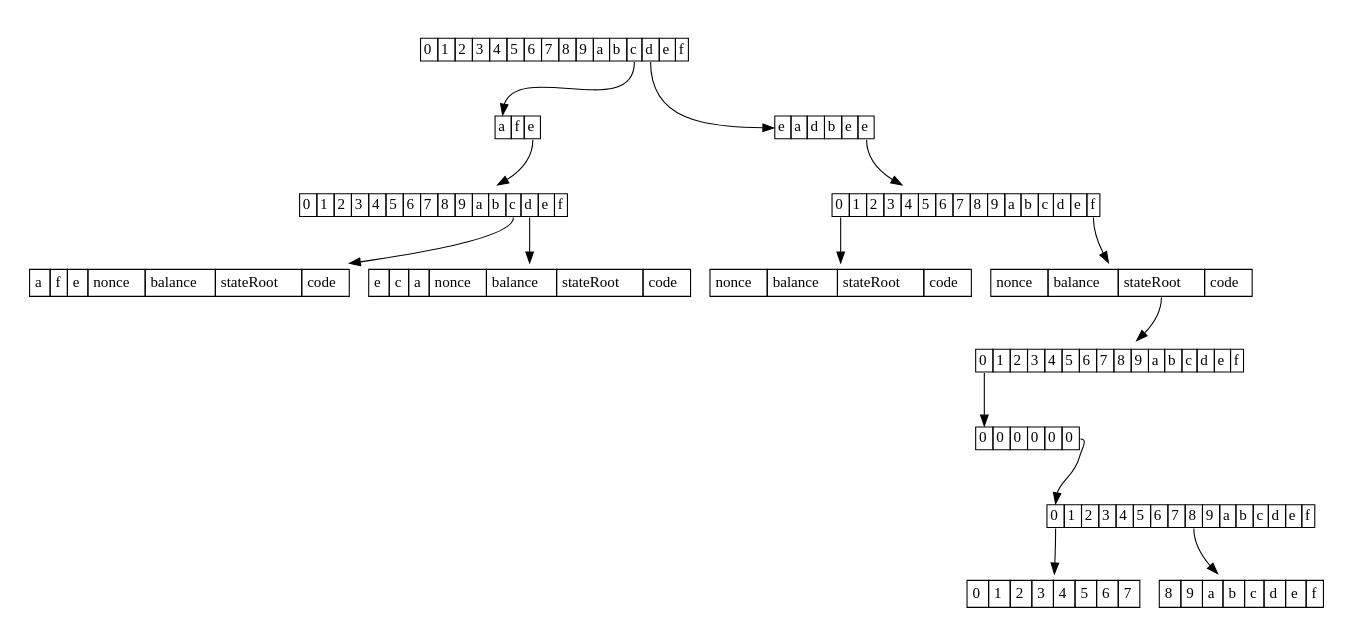
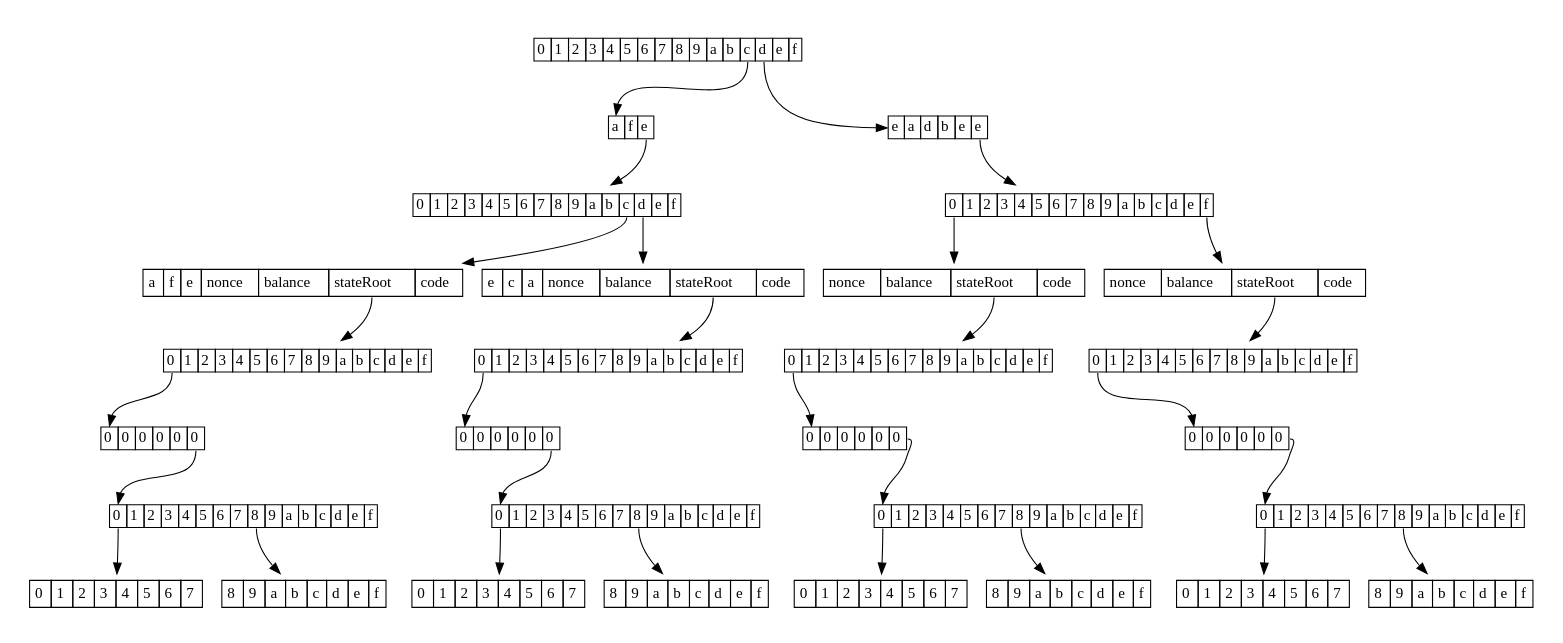
Before and after one commit to gballet/presentations: the diagram in ethcc20/state.dot, drawn with Graphviz. The commit also changed 6 other files, not shown here.

```diff
--- a/ethcc20/state.dot
+++ b/ethcc20/state.dot
@@ -1,41 +1,83 @@
 digraph D {
 	node [shape="box"];
 
     subgraph cluster_addresses {
         style=invis;
 
 	    branch [shape=none,label=<<table border="0" cellborder="1" cellspacing="0"><tr><td port="0">0</td><td port="1">1</td><td port="2">2</td><td port="3">3</td><td port="4">4</td><td port="5">5</td><td port="6">6</td><td port="7">7</td><td port="8">8</td><td port="9">9</td><td port="10">a</td><td port="11">b</td><td port="12">c</td><td port="13">d</td><td port="14">e</td><td port="15">f</td></tr></table>>]
 	    branch0c0a0f0e [shape=none,label=<<table border="0" cellborder="1" cellspacing="0"><tr><td port="0">0</td><td port="1">1</td><td port="2">2</td><td port="3">3</td><td port="4">4</td><td port="5">5</td><td port="6">6</td><td port="7">7</td><td port="8">8</td><td port="9">9</td><td port="10">a</td><td port="11">b</td><td port="12">c</td><td port="13">d</td><td port="14">e</td><td port="15">f</td></tr></table>>]
 	    leaf0c0a0f0e0c [shape=none,margin=0,label=<<table border="0" cellborder="1" cellspacing="0" cellpadding="4"><tr><td port="0">a</td><td port="1">f</td><td port="2">e</td><td>nonce</td><td>balance</td><td port="sr">stateRoot</td><td>code</td></tr></table>>]
 	    leaf0c0a0f0e0d [shape=none,margin=0,label=<<table border="0" cellborder="1" cellspacing="0" cellpadding="4"><tr><td port="0">e</td><td port="1">c</td><td port="2">a</td><td>nonce</td><td>balance</td><td port="sr">stateRoot</td><td>code</td></tr></table>>]
 	    extension0c [shape=none,label=<<table border="0" cellspacing="0" cellborder="1"><tr><td port="0">a</td><td port="1">f</td><td port="2">e</td></tr></table>>]
 	    branch0d0e0a0d0b0e0e [shape=none,label=<<table border="0" cellborder="1" cellspacing="0"><tr><td port="0">0</td><td port="1">1</td><td port="2">2</td><td port="3">3</td><td port="4">4</td><td port="5">5</td><td port="6">6</td><td port="7">7</td><td port="8">8</td><td port="9">9</td><td port="10">a</td><td port="11">b</td><td port="12">c</td><td port="13">d</td><td port="14">e</td><td port="15">f</td></tr></table>>]
 	    leaf0d0e0a0d0b0e0e00 [shape=none,margin=0,label=<<table border="0" cellborder="1" cellspacing="0" cellpadding="4"><tr><td>nonce</td><td>balance</td><td port="sr">stateRoot</td><td>code</td></tr></table>>]
 	    leaf0d0e0a0d0b0e0e0f [shape=none,margin=0,label=<<table border="0" cellborder="1" cellspacing="0" cellpadding="4"><tr><td>nonce</td><td>balance</td><td port="sr">stateRoot</td><td>code</td></tr></table>>]
 	    extension0d [shape=none,label=<<table border="0" cellspacing="0" cellborder="1"><tr><td port="0">e</td><td port="1">a</td><td port="2">d</td><td port="3">b</td><td port="4">e</td><td port="5">e</td></tr></table>>]
 
 	    extension0c:2 -> branch0c0a0f0e
 	    branch0c0a0f0e:12 -> leaf0c0a0f0e0c
     	branch0c0a0f0e:13 -> leaf0c0a0f0e0d
 	    branch:12 -> extension0c:0
 	    extension0d:5 -> branch0d0e0a0d0b0e0e
 	    branch0d0e0a0d0b0e0e:0 -> leaf0d0e0a0d0b0e0e00
 	    branch0d0e0a0d0b0e0e:15 -> leaf0d0e0a0d0b0e0e0f
 	    branch:13 -> extension0d:0
-        leaf0d0e0a0d0b0e0e0f:sr -> sbranch
+        leaf0c0a0f0e0c:sr -> s0branch 
+        leaf0c0a0f0e0d:sr -> sbranch 
+        leaf0d0e0a0d0b0e0e00:sr -> s2branch
+        leaf0d0e0a0d0b0e0e0f:sr -> s1branch
     }
 
+    subgraph cluster_storage0 {
+        style=invis;
+	        s0branch [shape=none,label=<<table border="0" cellborder="1" cellspacing="0"><tr><td port="0">0</td><td port="1">1</td><td port="2">2</td><td port="3">3</td><td port="4">4</td><td port="5">5</td><td port="6">6</td><td port="7">7</td><td port="8">8</td><td port="9">9</td><td port="10">a</td><td port="11">b</td><td port="12">c</td><td port="13">d</td><td port="14">e</td><td port="15">f</td></tr></table>>]
+    	s0branch0000000 [shape=none,label=<<table border="0" cellborder="1" cellspacing="0"><tr><td port="0">0</td><td port="1">1</td><td port="2">2</td><td port="3">3</td><td port="4">4</td><td port="5">5</td><td port="6">6</td><td port="7">7</td><td port="8">8</td><td port="9">9</td><td port="10">a</td><td port="11">b</td><td port="12">c</td><td port="13">d</td><td port="14">e</td><td port="15">f</td></tr></table>>]
+	    s0leaf00000000 [shape=none,margin=0,label=<<table border="0" cellborder="1" cellspacing="0" cellpadding="4"><tr><td port="0">0</td><td port="1">1</td><td port="2">2</td><td port="0">3</td><td port="1">4</td><td port="2">5</td><td port="0">6</td><td port="1">7</td></tr></table>>]
+    	s0leaf00000008 [shape=none,margin=0,label=<<table border="0" cellborder="1" cellspacing="0" cellpadding="4"><tr><td port="0">8</td><td port="1">9</td><td port="2">a</td><td port="0">b</td><td port="1">c</td><td port="2">d</td><td port="0">e</td><td port="1">f</td></tr></table>>]
+	    s0extension0 [shape=none,label=<<table border="0" cellspacing="0" cellborder="1"><tr><td port="0">0</td><td port="1">0</td><td port="2">0</td><td port="3">0</td><td port="4">0</td><td port="5">0</td></tr></table>>]
+
+        s0branch:0 -> s0extension0:0
+        s0extension0:5 -> s0branch0000000:0
+        s0branch0000000:0 -> s0leaf00000000
+        s0branch0000000:8 -> s0leaf00000008
+    }
+    subgraph cluster_storage1 {
+        style=invis;
+	        s1branch [shape=none,label=<<table border="0" cellborder="1" cellspacing="0"><tr><td port="0">0</td><td port="1">1</td><td port="2">2</td><td port="3">3</td><td port="4">4</td><td port="5">5</td><td port="6">6</td><td port="7">7</td><td port="8">8</td><td port="9">9</td><td port="10">a</td><td port="11">b</td><td port="12">c</td><td port="13">d</td><td port="14">e</td><td port="15">f</td></tr></table>>]
+    	s1branch0000000 [shape=none,label=<<table border="0" cellborder="1" cellspacing="0"><tr><td port="0">0</td><td port="1">1</td><td port="2">2</td><td port="3">3</td><td port="4">4</td><td port="5">5</td><td port="6">6</td><td port="7">7</td><td port="8">8</td><td port="9">9</td><td port="10">a</td><td port="11">b</td><td port="12">c</td><td port="13">d</td><td port="14">e</td><td port="15">f</td></tr></table>>]
+	    s1leaf00000000 [shape=none,margin=0,label=<<table border="0" cellborder="1" cellspacing="0" cellpadding="4"><tr><td port="0">0</td><td port="1">1</td><td port="2">2</td><td port="0">3</td><td port="1">4</td><td port="2">5</td><td port="0">6</td><td port="1">7</td></tr></table>>]
+    	s1leaf00000008 [shape=none,margin=0,label=<<table border="0" cellborder="1" cellspacing="0" cellpadding="4"><tr><td port="0">8</td><td port="1">9</td><td port="2">a</td><td port="0">b</td><td port="1">c</td><td port="2">d</td><td port="0">e</td><td port="1">f</td></tr></table>>]
+	    s1extension0 [shape=none,label=<<table border="0" cellspacing="0" cellborder="1"><tr><td port="0">0</td><td port="1">0</td><td port="2">0</td><td port="3">0</td><td port="4">0</td><td port="5">0</td></tr></table>>]
+
+        s1branch:0 -> s1extension0:0
+        s1extension0:5 -> s1branch0000000:0
+        s1branch0000000:0 -> s1leaf00000000
+        s1branch0000000:8 -> s1leaf00000008
+    }
+    subgraph cluster_storage2 {
+        style=invis;
+	        s2branch [shape=none,label=<<table border="0" cellborder="1" cellspacing="0"><tr><td port="0">0</td><td port="1">1</td><td port="2">2</td><td port="3">3</td><td port="4">4</td><td port="5">5</td><td port="6">6</td><td port="7">7</td><td port="8">8</td><td port="9">9</td><td port="10">a</td><td port="11">b</td><td port="12">c</td><td port="13">d</td><td port="14">e</td><td port="15">f</td></tr></table>>]
+    	s2branch0000000 [shape=none,label=<<table border="0" cellborder="1" cellspacing="0"><tr><td port="0">0</td><td port="1">1</td><td port="2">2</td><td port="3">3</td><td port="4">4</td><td port="5">5</td><td port="6">6</td><td port="7">7</td><td port="8">8</td><td port="9">9</td><td port="10">a</td><td port="11">b</td><td port="12">c</td><td port="13">d</td><td port="14">e</td><td port="15">f</td></tr></table>>]
+	    s2leaf00000000 [shape=none,margin=0,label=<<table border="0" cellborder="1" cellspacing="0" cellpadding="4"><tr><td port="0">0</td><td port="1">1</td><td port="2">2</td><td port="0">3</td><td port="1">4</td><td port="2">5</td><td port="0">6</td><td port="1">7</td></tr></table>>]
+    	s2leaf00000008 [shape=none,margin=0,label=<<table border="0" cellborder="1" cellspacing="0" cellpadding="4"><tr><td port="0">8</td><td port="1">9</td><td port="2">a</td><td port="0">b</td><td port="1">c</td><td port="2">d</td><td port="0">e</td><td port="1">f</td></tr></table>>]
+	    s2extension0 [shape=none,label=<<table border="0" cellspacing="0" cellborder="1"><tr><td port="0">0</td><td port="1">0</td><td port="2">0</td><td port="3">0</td><td port="4">0</td><td port="5">0</td></tr></table>>]
+
+        s2branch:0 -> s2extension0:0
+        s2extension0:5 -> s2branch0000000:0
+        s2branch0000000:0 -> s2leaf00000000
+        s2branch0000000:8 -> s2leaf00000008
+    }
     subgraph cluster_storage {
         style=invis;
 	        sbranch [shape=none,label=<<table border="0" cellborder="1" cellspacing="0"><tr><td port="0">0</td><td port="1">1</td><td port="2">2</td><td port="3">3</td><td port="4">4</td><td port="5">5</td><td port="6">6</td><td port="7">7</td><td port="8">8</td><td port="9">9</td><td port="10">a</td><td port="11">b</td><td port="12">c</td><td port="13">d</td><td port="14">e</td><td port="15">f</td></tr></table>>]
     	sbranch0000000 [shape=none,label=<<table border="0" cellborder="1" cellspacing="0"><tr><td port="0">0</td><td port="1">1</td><td port="2">2</td><td port="3">3</td><td port="4">4</td><td port="5">5</td><td port="6">6</td><td port="7">7</td><td port="8">8</td><td port="9">9</td><td port="10">a</td><td port="11">b</td><td port="12">c</td><td port="13">d</td><td port="14">e</td><td port="15">f</td></tr></table>>]
 	    sleaf00000000 [shape=none,margin=0,label=<<table border="0" cellborder="1" cellspacing="0" cellpadding="4"><tr><td port="0">0</td><td port="1">1</td><td port="2">2</td><td port="0">3</td><td port="1">4</td><td port="2">5</td><td port="0">6</td><td port="1">7</td></tr></table>>]
     	sleaf00000008 [shape=none,margin=0,label=<<table border="0" cellborder="1" cellspacing="0" cellpadding="4"><tr><td port="0">8</td><td port="1">9</td><td port="2">a</td><td port="0">b</td><td port="1">c</td><td port="2">d</td><td port="0">e</td><td port="1">f</td></tr></table>>]
 	    sextension0 [shape=none,label=<<table border="0" cellspacing="0" cellborder="1"><tr><td port="0">0</td><td port="1">0</td><td port="2">0</td><td port="3">0</td><td port="4">0</td><td port="5">0</td></tr></table>>]
 
         sbranch:0 -> sextension0:0
         sextension0:5 -> sbranch0000000:0
         sbranch0000000:0 -> sleaf00000000
         sbranch0000000:8 -> sleaf00000008
     }
 }
```
